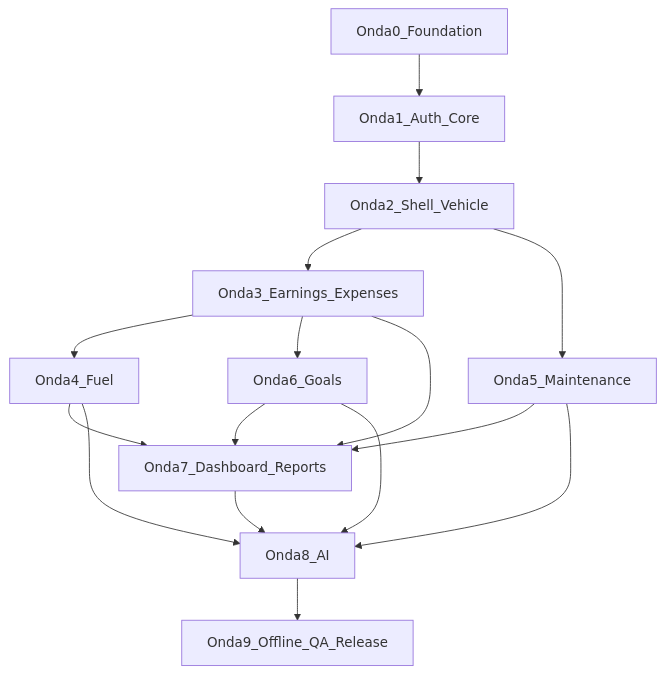
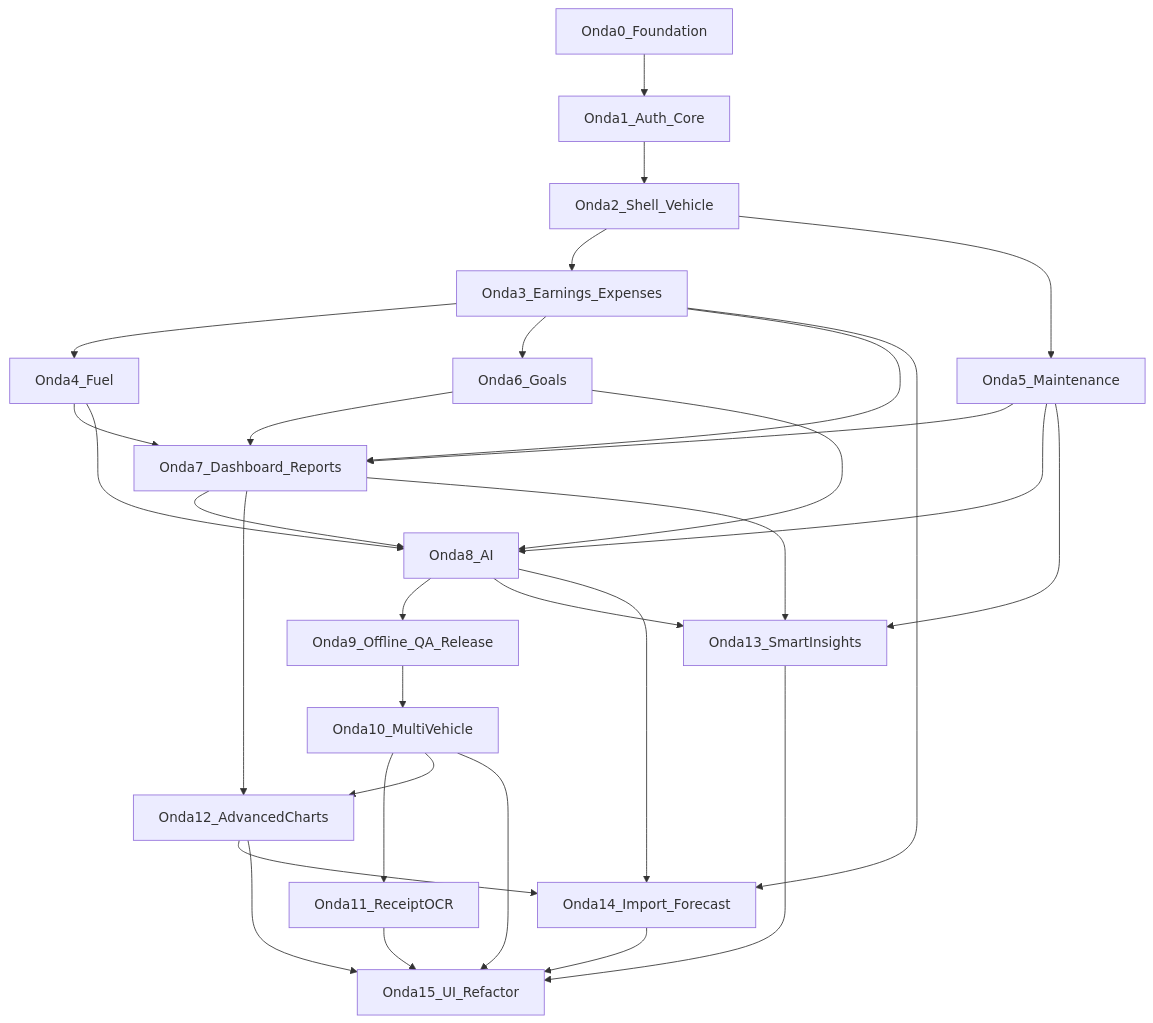
Before and after one commit to solerpedroo/driveflow: the first of 2 diagrams in implementation-plan.md, drawn with Mermaid. The commit also changed other lines of this file, not shown here.

````diff
--- a/implementation-plan.md
+++ b/implementation-plan.md
@@ -116,29 +124,50 @@
 ```mermaid
 flowchart TD
     W0[Onda0_Foundation]
     W1[Onda1_Auth_Core]
     W2[Onda2_Shell_Vehicle]
     W3[Onda3_Earnings_Expenses]
     W4[Onda4_Fuel]
     W5[Onda5_Maintenance]
     W6[Onda6_Goals]
     W7[Onda7_Dashboard_Reports]
     W8[Onda8_AI]
     W9[Onda9_Offline_QA_Release]
+    W10[Onda10_MultiVehicle]
+    W11[Onda11_ReceiptOCR]
+    W12[Onda12_AdvancedCharts]
+    W13[Onda13_SmartInsights]
+    W14[Onda14_Import_Forecast]
+    W15[Onda15_UI_Refactor]
 
     W0 --> W1
     W1 --> W2
     W2 --> W3
     W3 --> W4
     W2 --> W5
     W3 --> W6
     W3 --> W7
     W4 --> W7
     W5 --> W7
     W6 --> W7
     W7 --> W8
     W8 --> W9
     W4 --> W8
     W5 --> W8
     W6 --> W8
+    W9 --> W10
+    W10 --> W11
+    W10 --> W12
+    W7 --> W12
+    W5 --> W13
+    W7 --> W13
+    W8 --> W13
+    W3 --> W14
+    W8 --> W14
+    W12 --> W14
+    W10 --> W15
+    W11 --> W15
+    W12 --> W15
+    W13 --> W15
+    W14 --> W15
 ```
````
